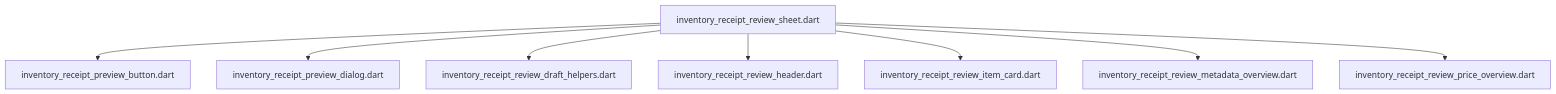
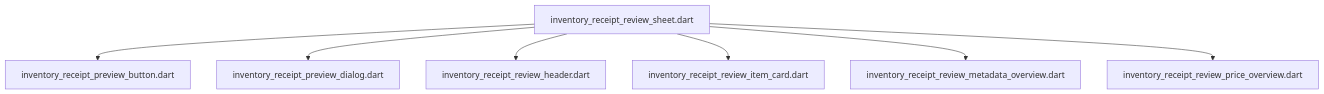
Before and after one commit to repinw/yamt: the diagram in lib/features/scanner/presentation/widgets/DEPS.md, drawn with Mermaid. The commit also changed 5 other files, not shown here.

````diff
--- a/lib/features/scanner/presentation/widgets/DEPS.md
+++ b/lib/features/scanner/presentation/widgets/DEPS.md
@@ -6,10 +6,9 @@
 ```mermaid
 flowchart TD;
 inventory_receipt_review_sheet.dart-->inventory_receipt_preview_button.dart;
 inventory_receipt_review_sheet.dart-->inventory_receipt_preview_dialog.dart;
-inventory_receipt_review_sheet.dart-->inventory_receipt_review_draft_helpers.dart;
 inventory_receipt_review_sheet.dart-->inventory_receipt_review_header.dart;
 inventory_receipt_review_sheet.dart-->inventory_receipt_review_item_card.dart;
 inventory_receipt_review_sheet.dart-->inventory_receipt_review_metadata_overview.dart;
 inventory_receipt_review_sheet.dart-->inventory_receipt_review_price_overview.dart;
 ```
````
